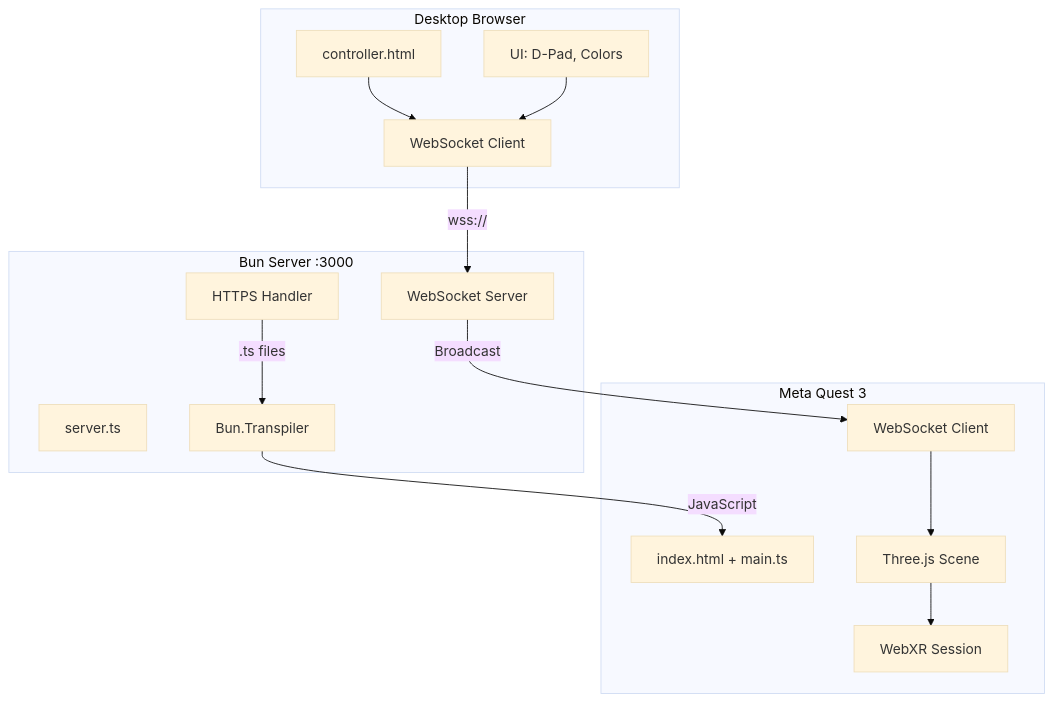
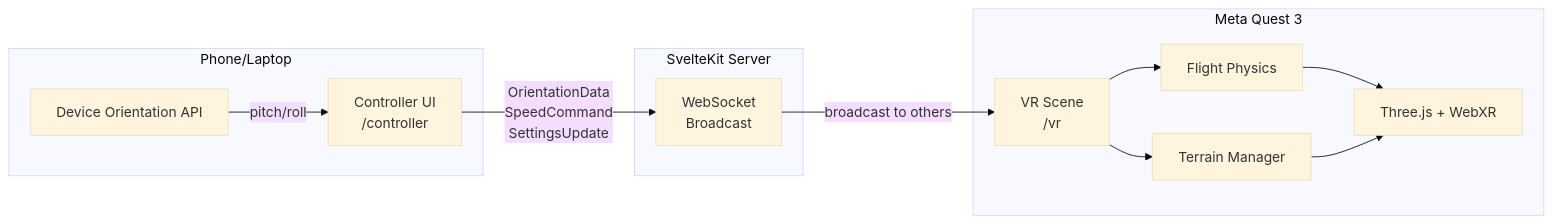
One commit to nasti-cpu/neural-flight-v2 changed the first of 2 diagrams in docs/ARCHITECTURE.md. Above: the diagram before and after it, drawn with Mermaid (base theme). The commit also changed other lines of this file and 13 other files, not shown here.

````diff
--- a/docs/ARCHITECTURE.md
+++ b/docs/ARCHITECTURE.md
@@ -9,34 +9,24 @@
 ```mermaid
-graph TB
-    subgraph Desktop Browser
-        C[controller.html]
-        CWS[WebSocket Client]
-        CUI[UI: D-Pad, Colors]
+graph LR
+    subgraph Phone/Laptop
+        C[Controller UI<br>/controller]
+        DOA[Device Orientation API]
     end
 
-    subgraph Bun Server :3000
-        S[server.ts]
-        HTTP[HTTPS Handler]
-        WS[WebSocket Server]
-        TR[Bun.Transpiler]
+    subgraph SvelteKit Server
+        WS[WebSocket<br>Broadcast]
     end
 
     subgraph Meta Quest 3
-        Q[index.html + main.ts]
-        QWS[WebSocket Client]
-        THREE[Three.js Scene]
-        XR[WebXR Session]
+        VR[VR Scene<br>/vr]
+        PHY[Flight Physics]
+        TER[Terrain Manager]
+        THREE[Three.js + WebXR]
     end
 
-    C --> CWS
-    CUI --> CWS
-    CWS -->|wss://| WS
-
-    WS -->|Broadcast| QWS
-    QWS --> THREE
-
-    HTTP -->|.ts files| TR
-    TR -->|JavaScript| Q
-
-    THREE --> XR
+    DOA -->|pitch/roll| C
+    C -->|OrientationData<br>SpeedCommand<br>SettingsUpdate| WS
+    WS -->|broadcast to others| VR
+    VR --> PHY --> THREE
+    VR --> TER --> THREE
 ```
````
